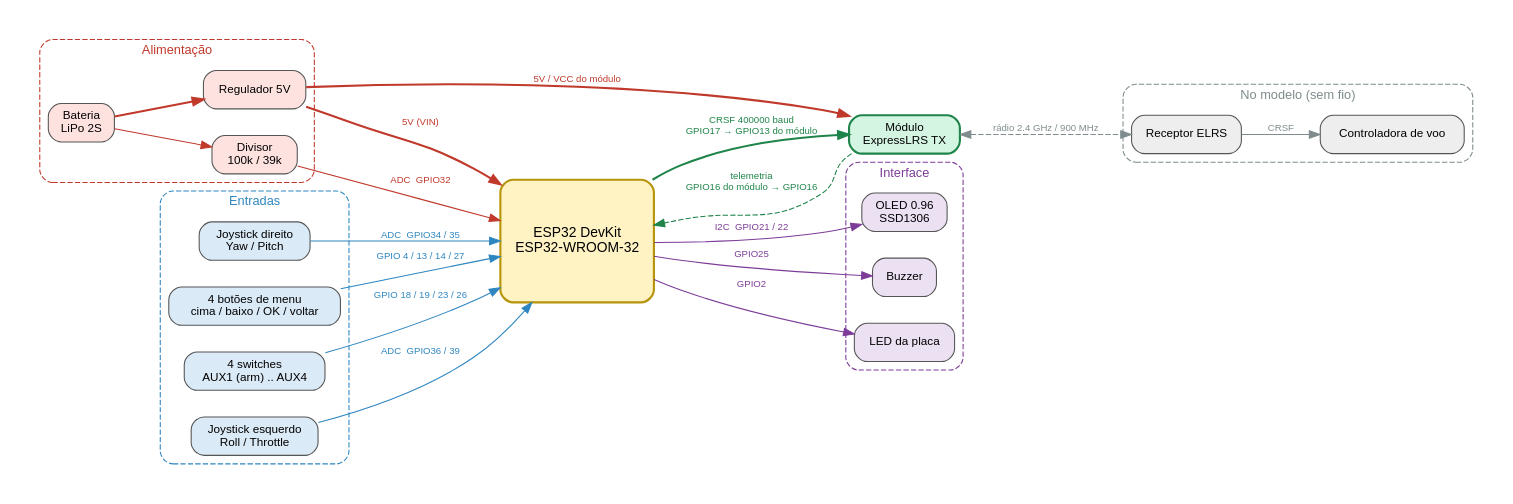
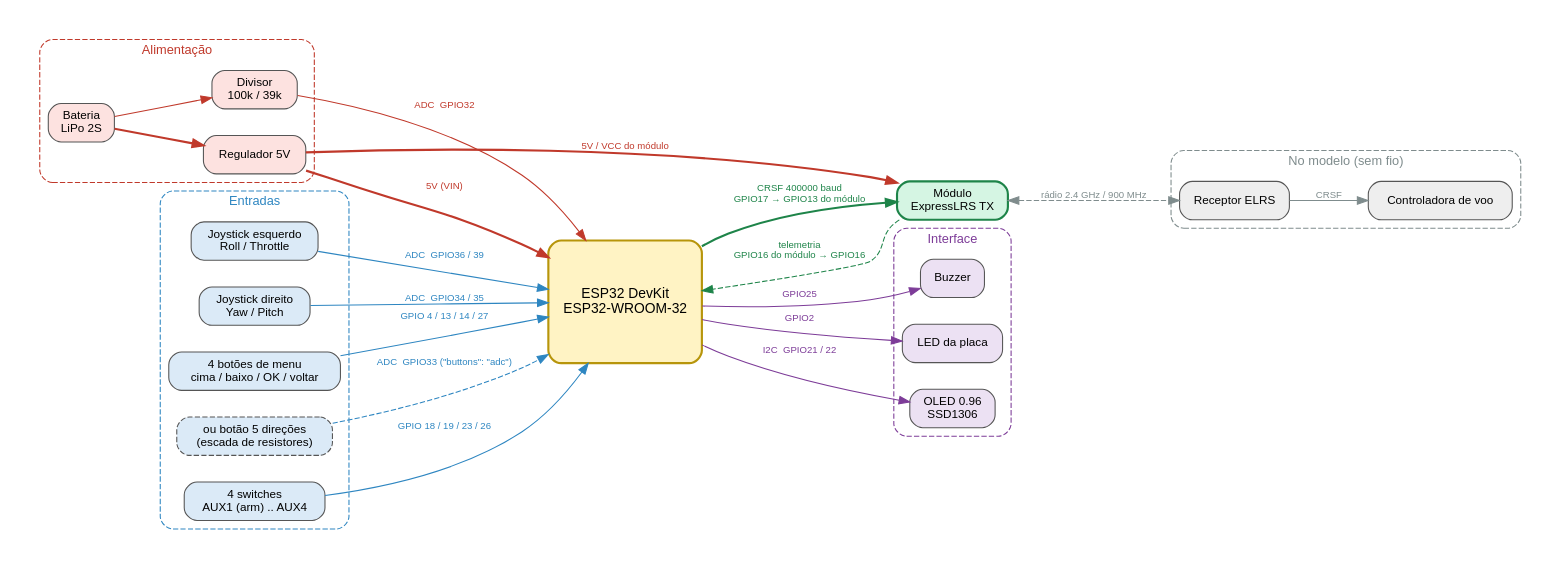
One commit to edilsoncorrea/ELRSTx changed the diagram in docs/wiring/blocks-esp32dev.dot. Above: the diagram before and after it, drawn with Graphviz. The commit also changed 34 other files, not shown here.

First line of the commit message:
Read the menu buttons from a 5-way resistor ladder on one ADC pin

```diff
--- a/docs/wiring/blocks-esp32dev.dot
+++ b/docs/wiring/blocks-esp32dev.dot
@@ -1,63 +1,65 @@
 // Diagrama de blocos ELRSTx (ESP32 DevKit). Gerar: dot -Tsvg blocks-esp32dev.dot -o blocks-esp32dev.svg
 digraph ELRSTx {
     rankdir=LR;
     graph [fontname="Helvetica", fontsize=12, nodesep=0.35, ranksep=0.7, bgcolor="white", pad=0.3];
     node  [fontname="Helvetica", fontsize=11, shape=box, style="rounded,filled", fillcolor="#f2f2f2", color="#555555", margin="0.15,0.08"];
     edge  [fontname="Helvetica", fontsize=9, color="#333333"];
 
     subgraph cluster_power {
         label="Alimentação"; style="rounded,dashed"; color="#c0392b"; fontcolor="#c0392b";
         bat [label="Bateria\nLiPo 2S", fillcolor="#fde2e0"];
         reg [label="Regulador 5V", fillcolor="#fde2e0"];
         div [label="Divisor\n100k / 39k", fillcolor="#fde2e0"];
     }
 
     subgraph cluster_inputs {
         label="Entradas"; style="rounded,dashed"; color="#2e86c1"; fontcolor="#2e86c1";
         joyL [label="Joystick esquerdo\nRoll / Throttle", fillcolor="#dbeaf7"];
         joyR [label="Joystick direito\nYaw / Pitch", fillcolor="#dbeaf7"];
         btn  [label="4 botões de menu\ncima / baixo / OK / voltar", fillcolor="#dbeaf7"];
+        way5 [label="ou botão 5 direções\n(escada de resistores)", fillcolor="#dbeaf7", style="rounded,filled,dashed"];
         sw   [label="4 switches\nAUX1 (arm) .. AUX4", fillcolor="#dbeaf7"];
     }
 
     esp [label="ESP32 DevKit\nESP32-WROOM-32", fillcolor="#fff3c4", color="#b7950b", penwidth=2, fontsize=13, height=1.6, width=2];
 
     elrs [label="Módulo\nExpressLRS TX", fillcolor="#d5f5e3", color="#1e8449", penwidth=2];
     subgraph cluster_outputs {
         label="Interface"; style="rounded,dashed"; color="#7d3c98"; fontcolor="#7d3c98";
         oled [label="OLED 0.96\nSSD1306", fillcolor="#ece1f3"];
         buz  [label="Buzzer", fillcolor="#ece1f3"];
         led  [label="LED da placa", fillcolor="#ece1f3"];
     }
 
 
     subgraph cluster_model {
         label="No modelo (sem fio)"; style="rounded,dashed"; color="#7f8c8d"; fontcolor="#7f8c8d";
         rx [label="Receptor ELRS", fillcolor="#eeeeee"];
         fc [label="Controladora de voo", fillcolor="#eeeeee"];
     }
 
     // alimentação
     bat -> reg  [color="#c0392b", penwidth=2];
     reg -> esp  [label="5V (VIN)", color="#c0392b", fontcolor="#c0392b", penwidth=2];
     reg -> elrs [label="5V / VCC do módulo", color="#c0392b", fontcolor="#c0392b", penwidth=2];
     bat -> div  [color="#c0392b"];
     div -> esp  [label="ADC  GPIO32", color="#c0392b", fontcolor="#c0392b"];
 
     // entradas
     joyL -> esp [label="ADC  GPIO36 / 39", color="#2e86c1", fontcolor="#2e86c1"];
     joyR -> esp [label="ADC  GPIO34 / 35", color="#2e86c1", fontcolor="#2e86c1"];
     btn  -> esp [label="GPIO 4 / 13 / 14 / 27", color="#2e86c1", fontcolor="#2e86c1"];
+    way5 -> esp [label="ADC  GPIO33 (\"buttons\": \"adc\")", color="#2e86c1", fontcolor="#2e86c1", style=dashed];
     sw   -> esp [label="GPIO 18 / 19 / 23 / 26", color="#2e86c1", fontcolor="#2e86c1"];
 
     // link
     esp -> elrs [label="CRSF 400000 baud\nGPIO17 → GPIO13 do módulo", color="#1e8449", fontcolor="#1e8449", penwidth=2];
     elrs -> esp [label="telemetria\nGPIO16 do módulo → GPIO16", color="#1e8449", fontcolor="#1e8449", style=dashed];
     elrs -> rx  [label="rádio 2.4 GHz / 900 MHz", dir=both, style=dashed, color="#7f8c8d", fontcolor="#7f8c8d"];
     rx -> fc    [label="CRSF", color="#7f8c8d", fontcolor="#7f8c8d"];
     // interface
     esp -> oled [label="I2C  GPIO21 / 22", color="#7d3c98", fontcolor="#7d3c98"];
     esp -> buz  [label="GPIO25", color="#7d3c98", fontcolor="#7d3c98"];
     esp -> led  [label="GPIO2", color="#7d3c98", fontcolor="#7d3c98"];
 
 }
```
